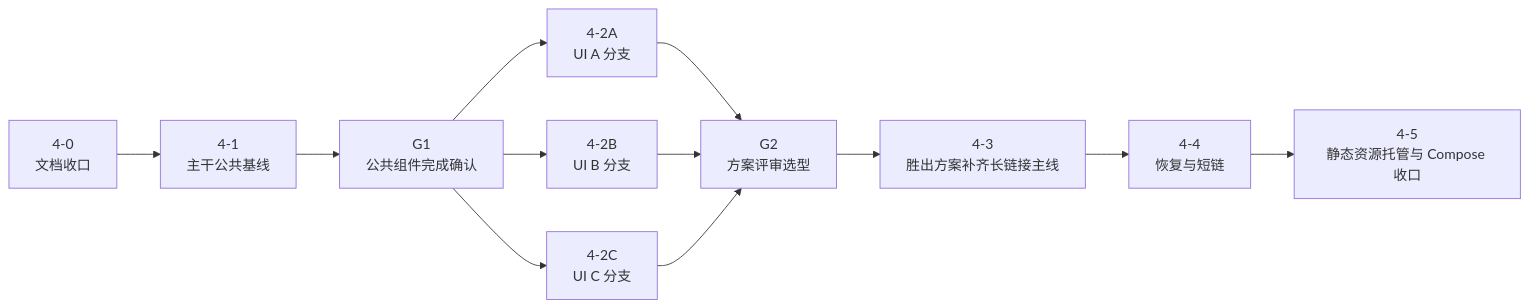
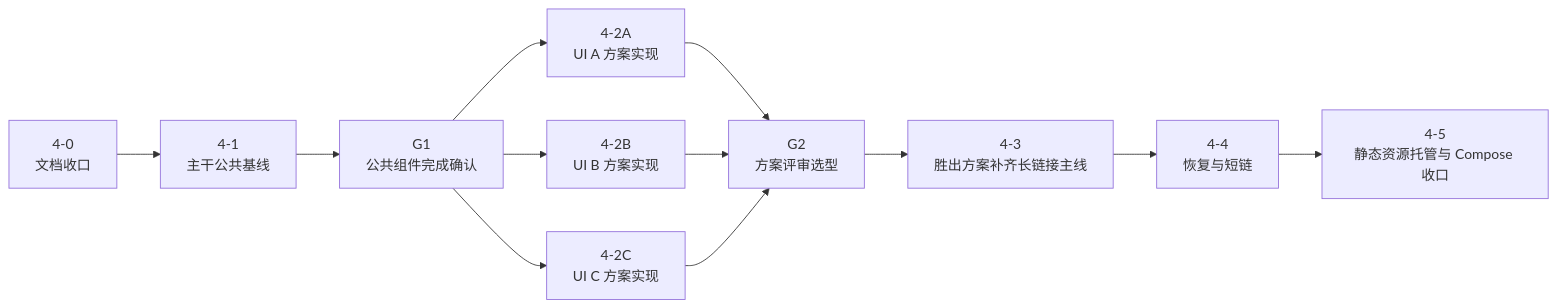
Before and after one commit to slackworker/chain-subconverter: the diagram in docs/plan/phase-4-breakdown.md, drawn with Mermaid. The commit also changed other lines of this file and 21 other files, not shown here.

````diff
--- a/docs/plan/phase-4-breakdown.md
+++ b/docs/plan/phase-4-breakdown.md
@@ -63,14 +63,14 @@
 ```mermaid
 flowchart LR
     P40["4-0\n文档收口"] --> P41["4-1\n主干公共基线"]
     P41 --> G1["G1\n公共组件完成确认"]
-    G1 --> P42A["4-2A\nUI A 分支"]
-    G1 --> P42B["4-2B\nUI B 分支"]
-    G1 --> P42C["4-2C\nUI C 分支"]
+    G1 --> P42A["4-2A\nUI A 方案实现"]
+    G1 --> P42B["4-2B\nUI B 方案实现"]
+    G1 --> P42C["4-2C\nUI C 方案实现"]
     P42A --> G2["G2\n方案评审选型"]
     P42B --> G2
     P42C --> G2
     G2 --> P43["4-3\n胜出方案补齐长链接主线"]
     P43 --> P44["4-4\n恢复与短链"]
     P44 --> P45["4-5\n静态资源托管与 Compose 收口"]
 ```
````
